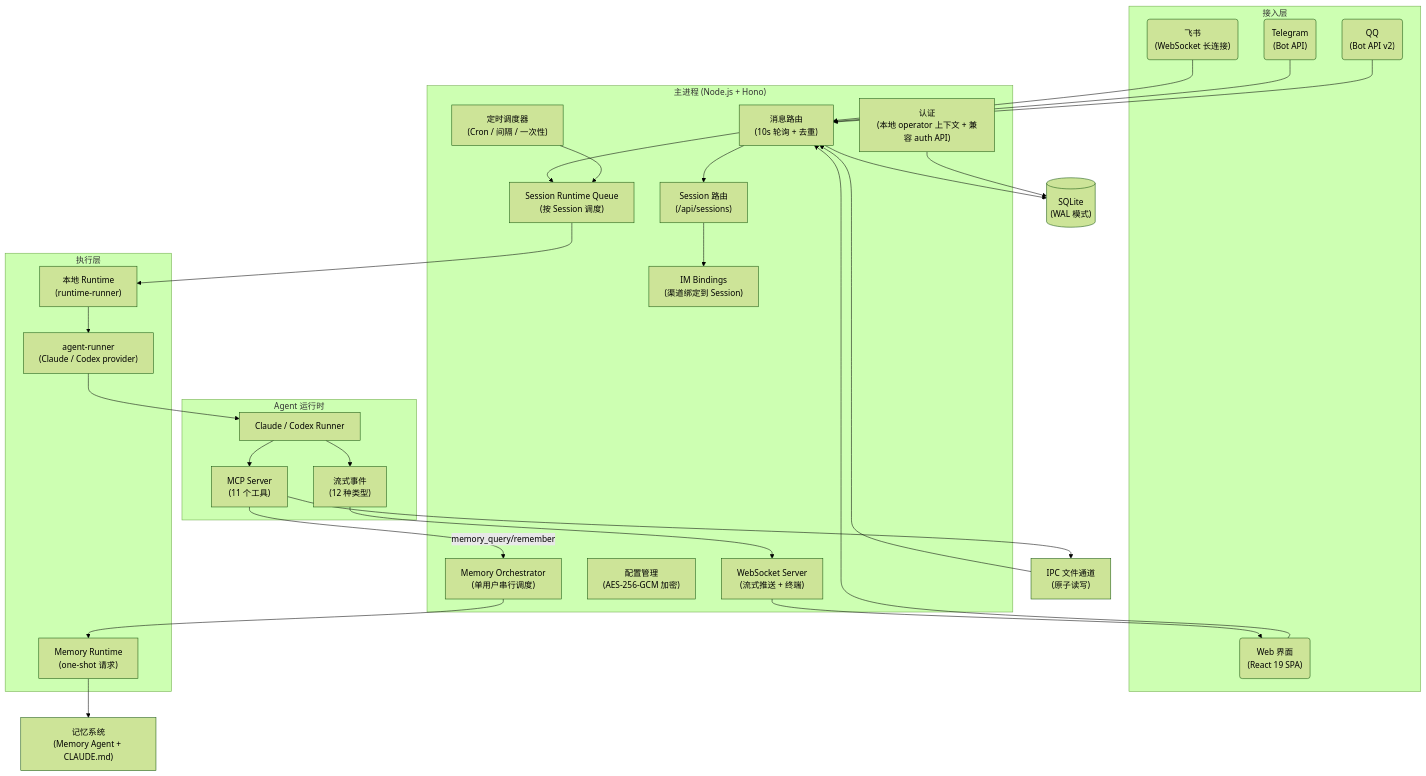
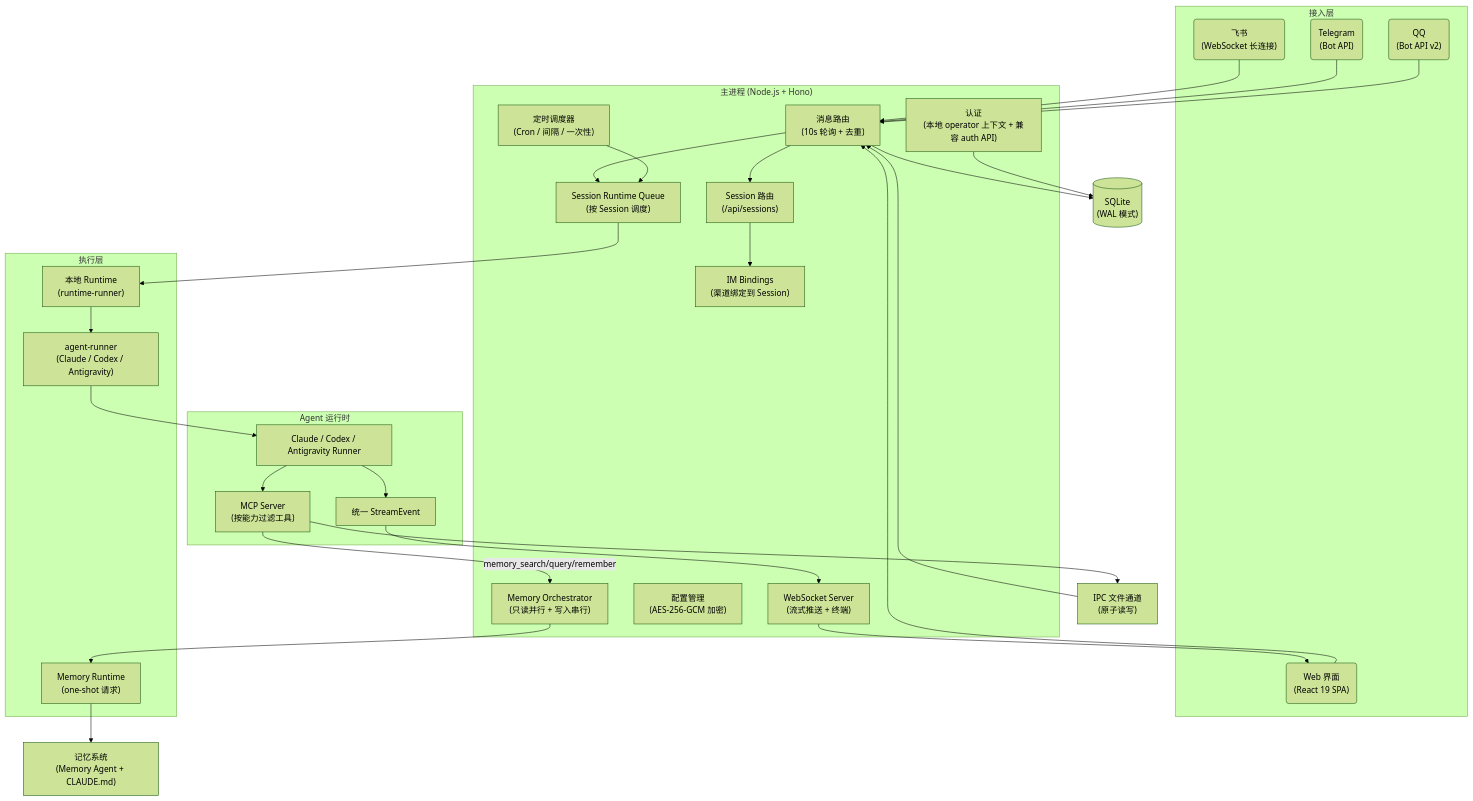
Before and after one commit to ar8327/happyclaw: the diagram in README.md, drawn with Mermaid (forest theme). The commit also changed other lines of this file and 70 other files, not shown here.

````diff
--- a/README.md
+++ b/README.md
@@ -311,74 +315,74 @@
 ```mermaid
 flowchart TD
     subgraph 接入层
         Feishu("飞书<br/>(WebSocket 长连接)")
         Telegram("Telegram<br/>(Bot API)")
         QQ("QQ<br/>(Bot API v2)")
         Web("Web 界面<br/>(React 19 SPA)")
     end
 
     subgraph 主进程["主进程 (Node.js + Hono)"]
         Router["消息路由<br/>(10s 轮询 + 去重)"]
         Sessions["Session 路由<br/>(/api/sessions)"]
         Queue["Session Runtime Queue<br/>(按 Session 调度)"]
         Scheduler["定时调度器<br/>(Cron / 间隔 / 一次性)"]
         WS["WebSocket Server<br/>(流式推送 + 终端)"]
         Auth["认证<br/>(本地 operator 上下文 + 兼容 auth API)"]
         Config["配置管理<br/>(AES-256-GCM 加密)"]
         Bindings["IM Bindings<br/>(渠道绑定到 Session)"]
-        MemMgr["Memory Orchestrator<br/>(单用户串行调度)"]
+        MemMgr["Memory Orchestrator<br/>(只读并行 + 写入串行)"]
     end
 
     subgraph 执行层
         Runtime["本地 Runtime<br/>(runtime-runner)"]
-        AgentRunner["agent-runner<br/>(Claude / Codex provider)"]
+        AgentRunner["agent-runner<br/>(Claude / Codex / Antigravity)"]
         MemAgent["Memory Runtime<br/>(one-shot 请求)"]
     end
 
     subgraph Agent["Agent 运行时"]
-        Runner["Claude / Codex Runner"]
-        MCP["MCP Server<br/>(11 个工具)"]
-        Stream["流式事件<br/>(12 种类型)"]
+        Runner["Claude / Codex / Antigravity Runner"]
+        MCP["MCP Server<br/>(按能力过滤工具)"]
+        Stream["统一 StreamEvent"]
     end
 
     DB[("SQLite<br/>(WAL 模式)")]
     IPC["IPC 文件通道<br/>(原子读写)"]
     Memory["记忆系统<br/>(Memory Agent + CLAUDE.md)"]
 
     Feishu --> Router
     Telegram --> Router
     QQ --> Router
     Web --> Router
 
     Router --> Sessions
     Router --> Queue
     Sessions --> Bindings
     Queue --> Runtime
     Scheduler --> Queue
 
     Runtime --> AgentRunner
     AgentRunner --> Runner
     Runner --> MCP
     Runner --> Stream
 
     MCP --> IPC
     IPC --> Router
 
     Stream --> WS
     WS --> Web
 
-    MCP -->|memory_query/remember| MemMgr
+    MCP -->|memory_search/query/remember| MemMgr
     MemMgr --> MemAgent
     MemAgent --> Memory
 
     Router --> DB
     Auth --> DB
 
     class Feishu,Telegram,QQ,Web fe
     class Router,Sessions,Queue,Scheduler,WS,Auth,Config,Bindings svc
     class DB db
     class Runtime,AgentRunner,MemAgent faas
     class Runner,MCP,Stream faas
     class IPC cfg
     class Memory cfg
 ```
````
